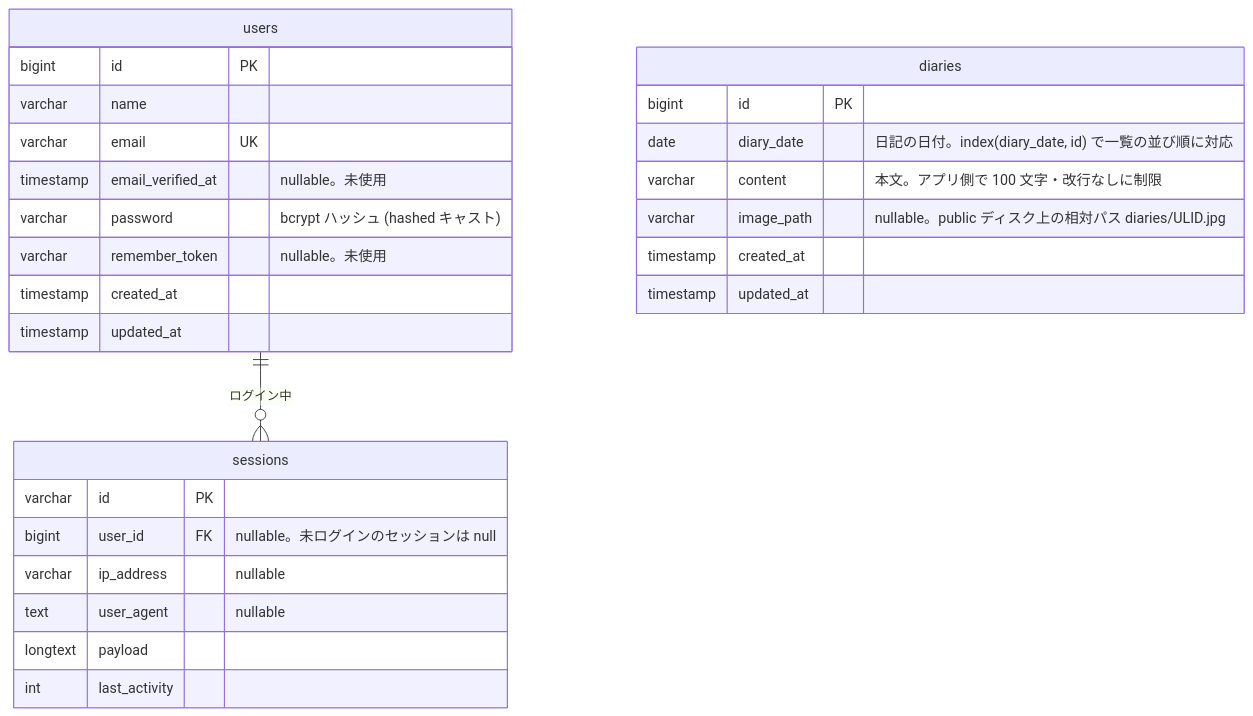
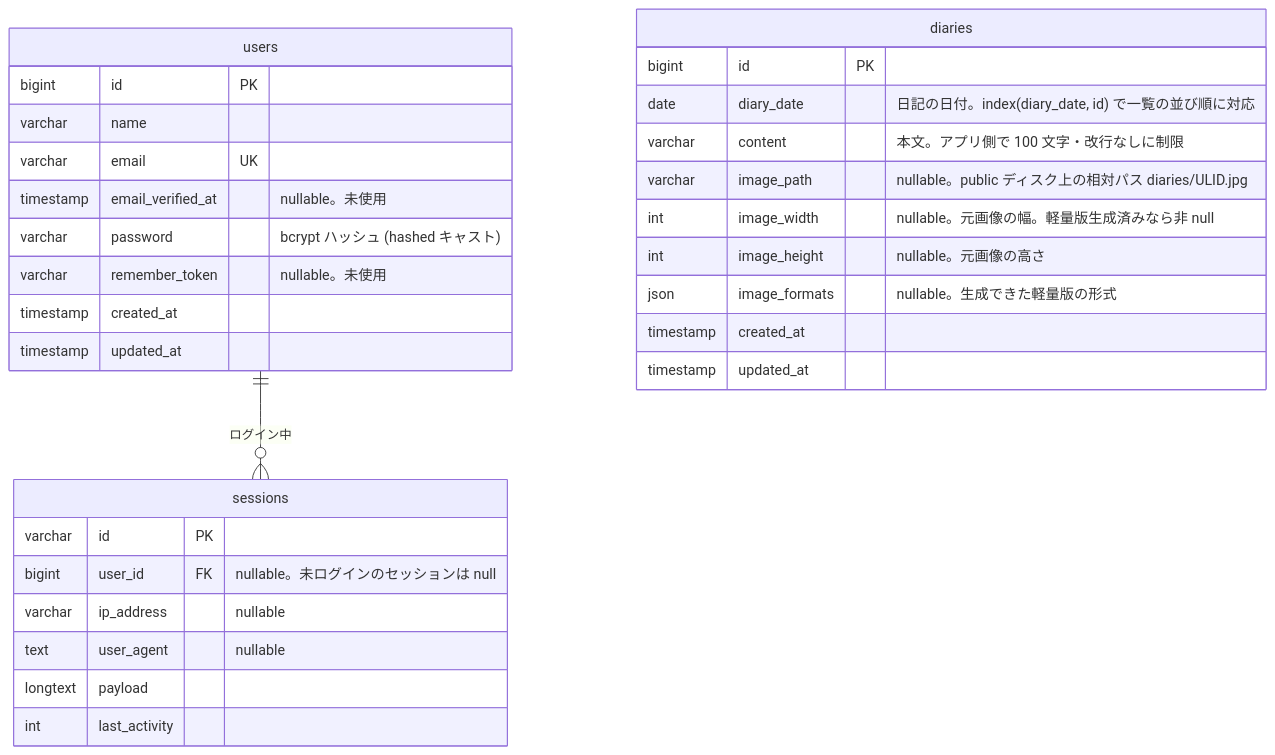
Before and after one commit to ud111/hana-prime-diary-test: the diagram in docs/DESIGN.md, drawn with Mermaid. The commit also changed other lines of this file and 20 other files, not shown here.

````diff
--- a/docs/DESIGN.md
+++ b/docs/DESIGN.md
@@ -99,30 +101,33 @@
 ```mermaid
 erDiagram
     users {
         bigint id PK
         varchar name
         varchar email UK
         timestamp email_verified_at "nullable。未使用"
         varchar password "bcrypt ハッシュ (hashed キャスト)"
         varchar remember_token "nullable。未使用"
         timestamp created_at
         timestamp updated_at
     }
     diaries {
         bigint id PK
         date diary_date "日記の日付。index(diary_date, id) で一覧の並び順に対応"
         varchar content "本文。アプリ側で 100 文字・改行なしに制限"
         varchar image_path "nullable。public ディスク上の相対パス diaries/ULID.jpg"
+        int image_width "nullable。元画像の幅。軽量版生成済みなら非 null"
+        int image_height "nullable。元画像の高さ"
+        json image_formats "nullable。生成できた軽量版の形式"
         timestamp created_at
         timestamp updated_at
     }
     sessions {
         varchar id PK
         bigint user_id FK "nullable。未ログインのセッションは null"
         varchar ip_address "nullable"
         text user_agent "nullable"
         longtext payload
         int last_activity
     }
     users ||--o{ sessions : "ログイン中"
 ```
````
